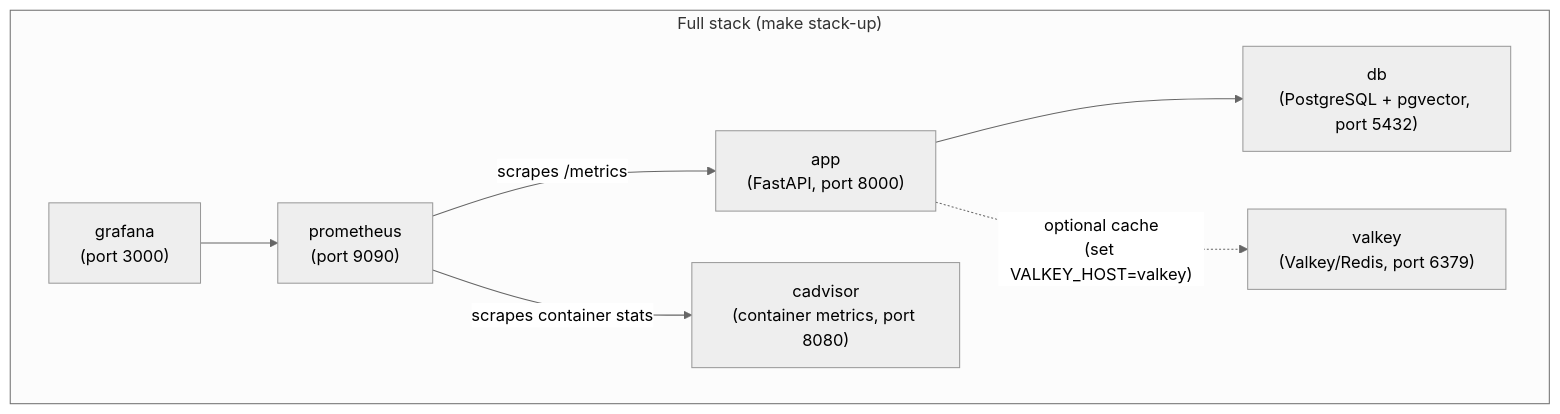
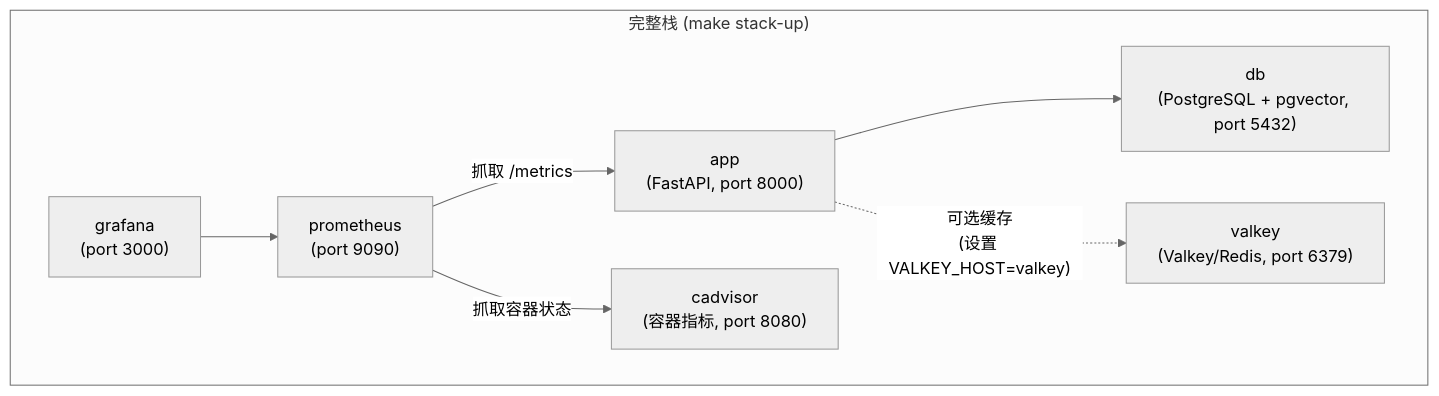
One commit to sanshi42/fastapi-langgraph-agent-production-ready-template changed the diagram in docs/docker.md. Above: the diagram before and after it, drawn with Mermaid (neutral theme). The commit also changed other lines of this file and 68 other files, not shown here.

````diff
--- a/docs/docker.md
+++ b/docs/docker.md
@@ -5,17 +5,17 @@
 ```mermaid
 graph TB
-    subgraph stack["Full stack (make stack-up)"]
+    subgraph stack["完整栈 (make stack-up)"]
         app["app\n(FastAPI, port 8000)"]
         db["db\n(PostgreSQL + pgvector, port 5432)"]
         valkey["valkey\n(Valkey/Redis, port 6379)"]
         prometheus["prometheus\n(port 9090)"]
         grafana["grafana\n(port 3000)"]
-        cadvisor["cadvisor\n(container metrics, port 8080)"]
+        cadvisor["cadvisor\n(容器指标, port 8080)"]
     end
 
     app --> db
-    app -.->|"optional cache\n(set VALKEY_HOST=valkey)"| valkey
-    prometheus -->|"scrapes /metrics"| app
-    prometheus -->|"scrapes container stats"| cadvisor
+    app -.->|"可选缓存\n(设置 VALKEY_HOST=valkey)"| valkey
+    prometheus -->|"抓取 /metrics"| app
+    prometheus -->|"抓取容器状态"| cadvisor
     grafana --> prometheus
 ```
````
